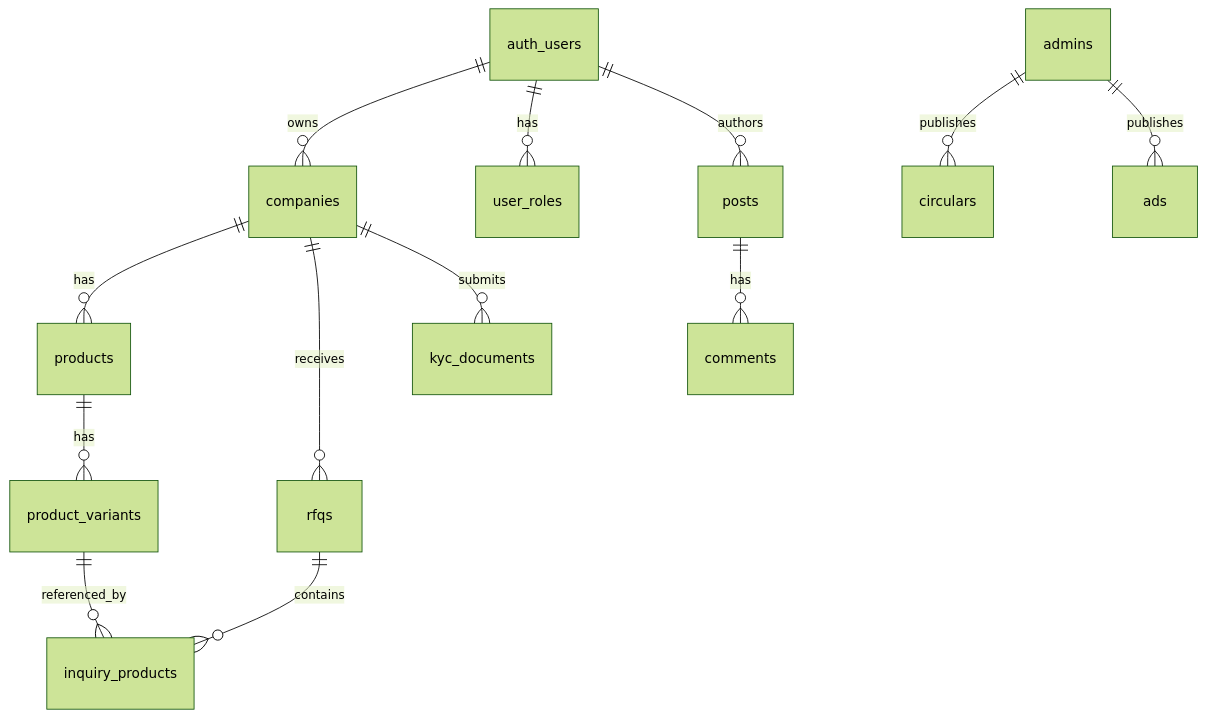
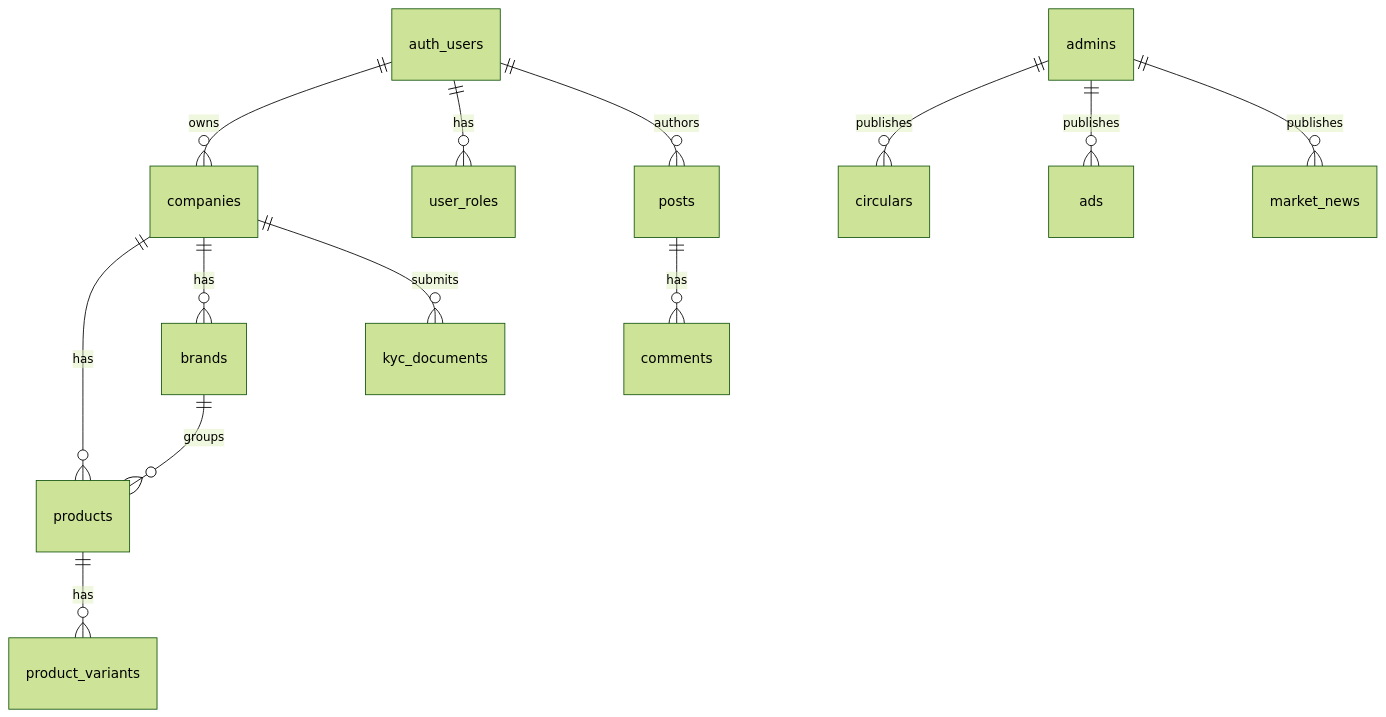
Before and after one commit to arka97/mddma-test: the second of 3 diagrams in src/content/docs/05-architecture-and-tech.md, drawn with Mermaid (forest theme). The commit also changed other lines of this file and 6 other files, not shown here.

````diff
--- a/src/content/docs/05-architecture-and-tech.md
+++ b/src/content/docs/05-architecture-and-tech.md
@@ -64,15 +67,15 @@
 ```mermaid
 erDiagram
   companies ||--o{ products : has
+  companies ||--o{ brands : has
+  brands ||--o{ products : groups
   products ||--o{ product_variants : has
-  companies ||--o{ rfqs : receives
-  rfqs ||--o{ inquiry_products : contains
-  product_variants ||--o{ inquiry_products : referenced_by
   auth_users ||--o{ companies : owns
   auth_users ||--o{ user_roles : has
   auth_users ||--o{ posts : authors
   posts ||--o{ comments : has
   admins ||--o{ circulars : publishes
   admins ||--o{ ads : publishes
+  admins ||--o{ market_news : publishes
   companies ||--o{ kyc_documents : submits
 ```
````
